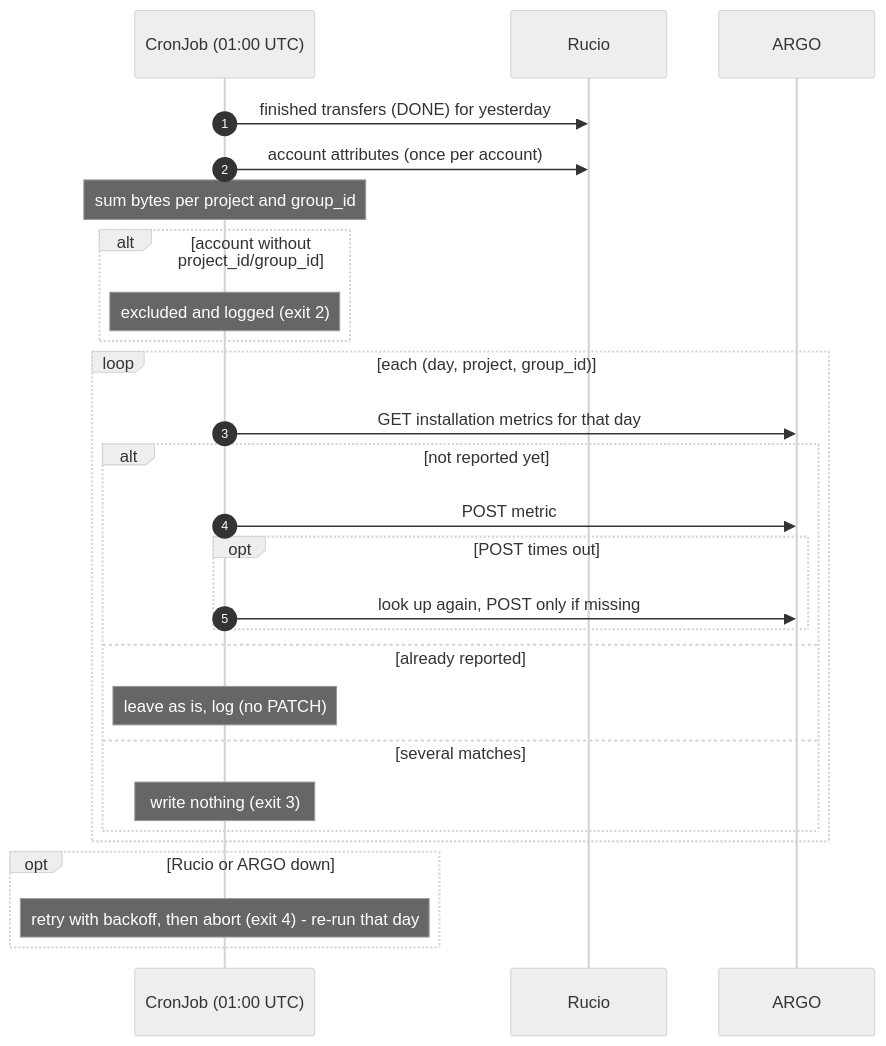
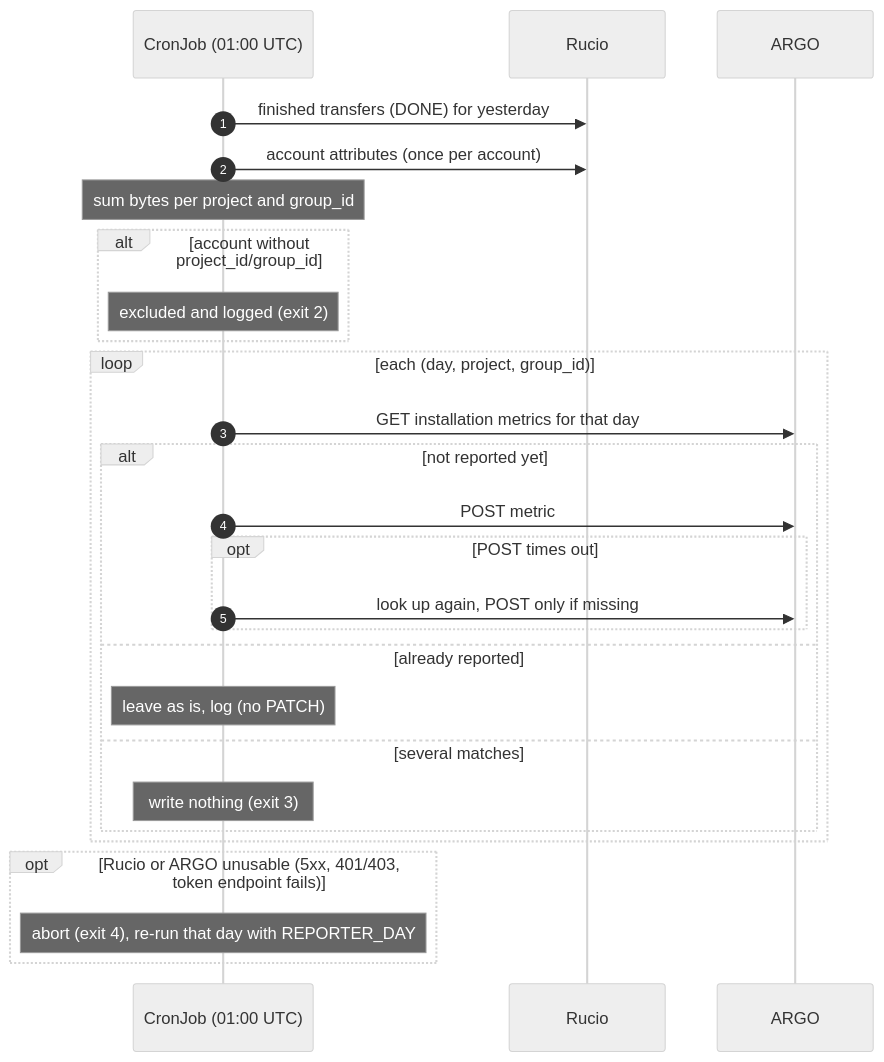
One commit to RI-SCALE/dep-dlm-usage-reporter changed the diagram in README.md. Above: the diagram before and after it, drawn with Mermaid (neutral theme). The commit also changed other lines of this file, not shown here.

First line of the commit message:
docs(readme): configuration table, exit codes and Rucio token

````diff
--- a/README.md
+++ b/README.md
@@ -24,32 +12,32 @@
 ```mermaid
 sequenceDiagram
     autonumber
     participant C as CronJob (01:00 UTC)
     participant R as Rucio
     participant A as ARGO
 
     C->>R: finished transfers (DONE) for yesterday
     C->>R: account attributes (once per account)
     Note over C: sum bytes per project and group_id
     alt account without project_id/group_id
         Note over C: excluded and logged (exit 2)
     end
 
     loop each (day, project, group_id)
         C->>A: GET installation metrics for that day
         alt not reported yet
             C->>A: POST metric
             opt POST times out
                 C->>A: look up again, POST only if missing
             end
         else already reported
             Note over C: leave as is, log (no PATCH)
         else several matches
             Note over C: write nothing (exit 3)
         end
     end
 
-    opt Rucio or ARGO down
-        Note over C: retry with backoff, then abort (exit 4) - re-run that day
+    opt Rucio or ARGO unusable (5xx, 401/403, token endpoint fails)
+        Note over C: abort (exit 4), re-run that day with REPORTER_DAY
     end
 ```
````
